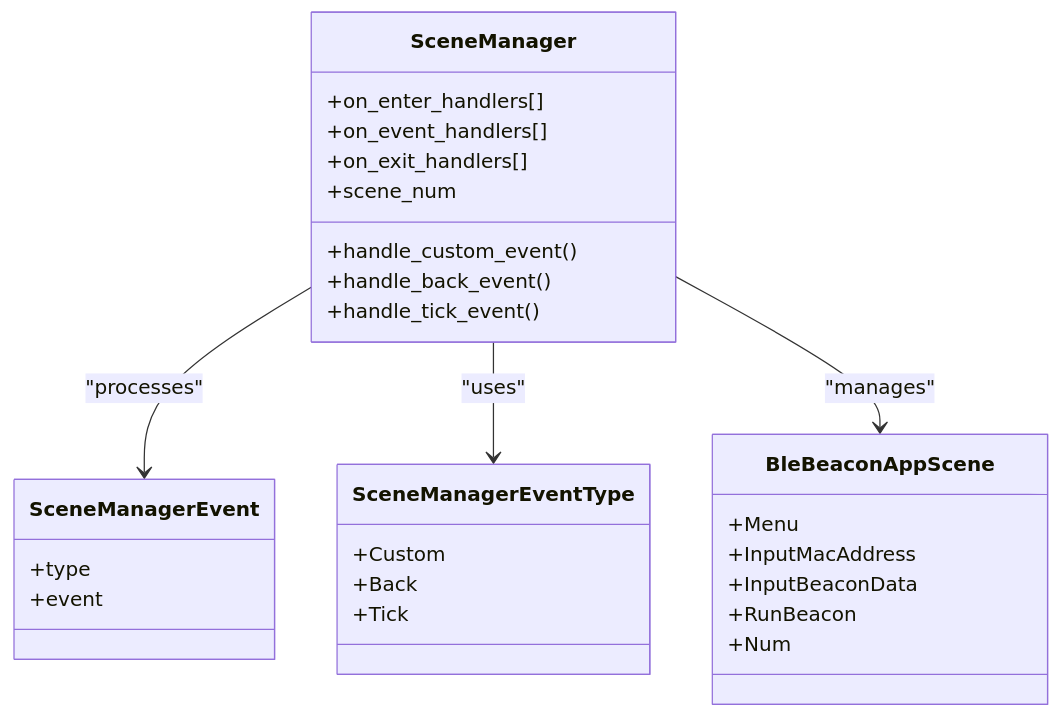
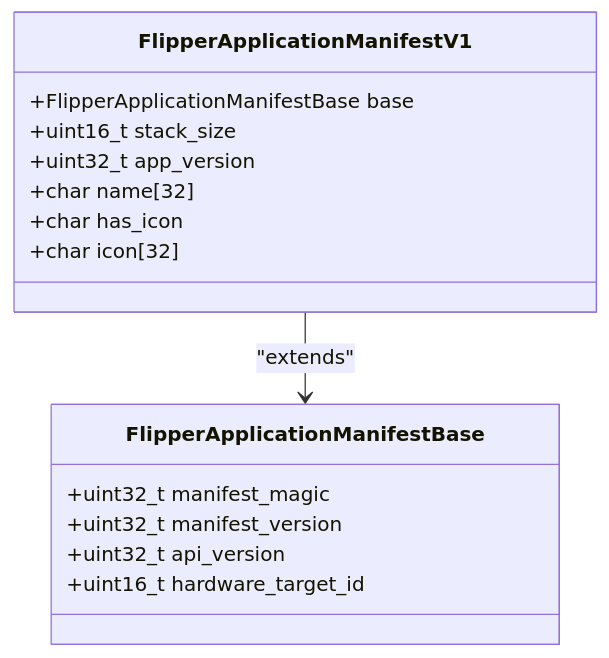
Before and after one commit to frostybittn/flipperzero-firmware-wPlugins: the first of 5 diagrams in .qoder/repowiki/en/content/Application Development/Application Development.md, drawn with Mermaid. The commit also changed other lines of this file and 81 other files, not shown here.

First line of the commit message:
Add comprehensive Flipper Zero app dev documentation

````diff
--- a/.qoder/repowiki/en/content/Application Development/Application Development.md
+++ b/.qoder/repowiki/en/content/Application Development/Application Development.md
@@ -94,31 +80,18 @@
 ```mermaid
 classDiagram
-class SceneManager {
-+on_enter_handlers[]
-+on_event_handlers[]
-+on_exit_handlers[]
-+scene_num
-+handle_custom_event()
-+handle_back_event()
-+handle_tick_event()
+class FlipperApplicationManifestBase {
++uint32_t manifest_magic
++uint32_t manifest_version
++uint32_t api_version
++uint16_t hardware_target_id
 }
-class SceneManagerEvent {
-+type
-+event
+class FlipperApplicationManifestV1 {
++FlipperApplicationManifestBase base
++uint16_t stack_size
++uint32_t app_version
++char name[32]
++char has_icon
++char icon[32]
 }
-class SceneManagerEventType {
-+Custom
-+Back
-+Tick
-}
-class BleBeaconAppScene {
-+Menu
-+InputMacAddress
-+InputBeaconData
-+RunBeacon
-+Num
-}
-SceneManager --> SceneManagerEvent : "processes"
-SceneManager --> SceneManagerEventType : "uses"
-SceneManager --> BleBeaconAppScene : "manages"
+FlipperApplicationManifestV1 --> FlipperApplicationManifestBase : "extends"
 ```
````
